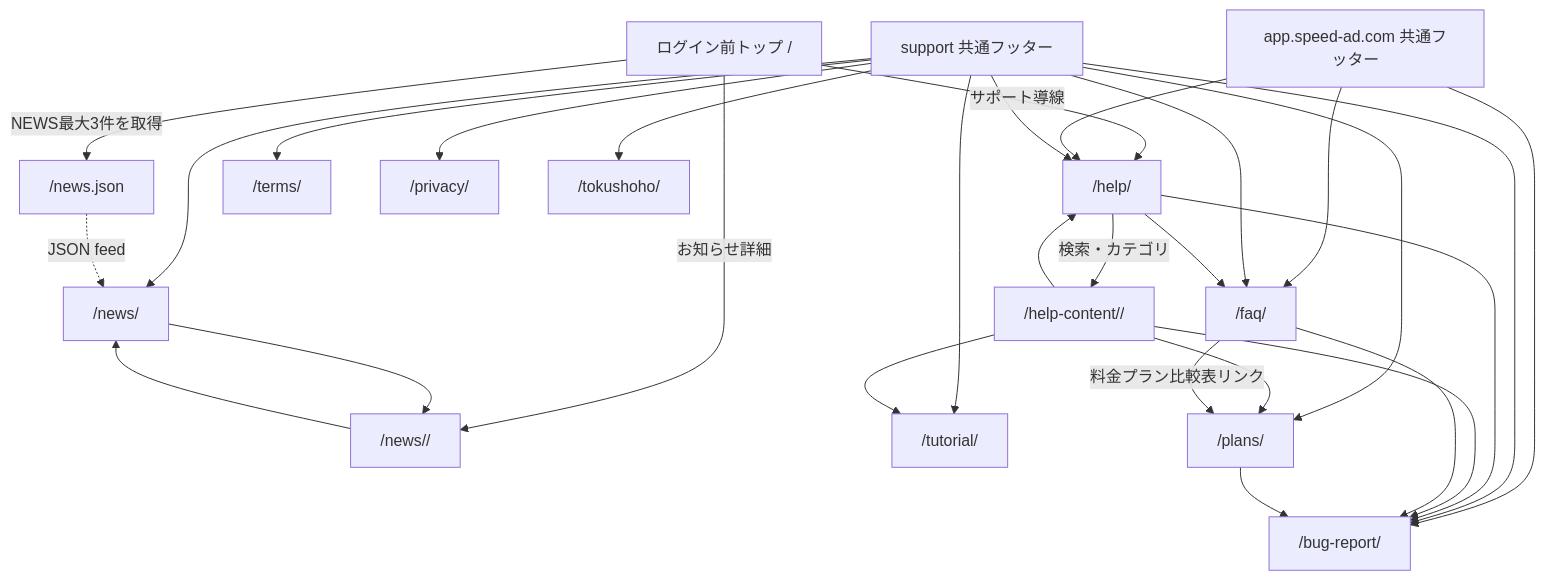
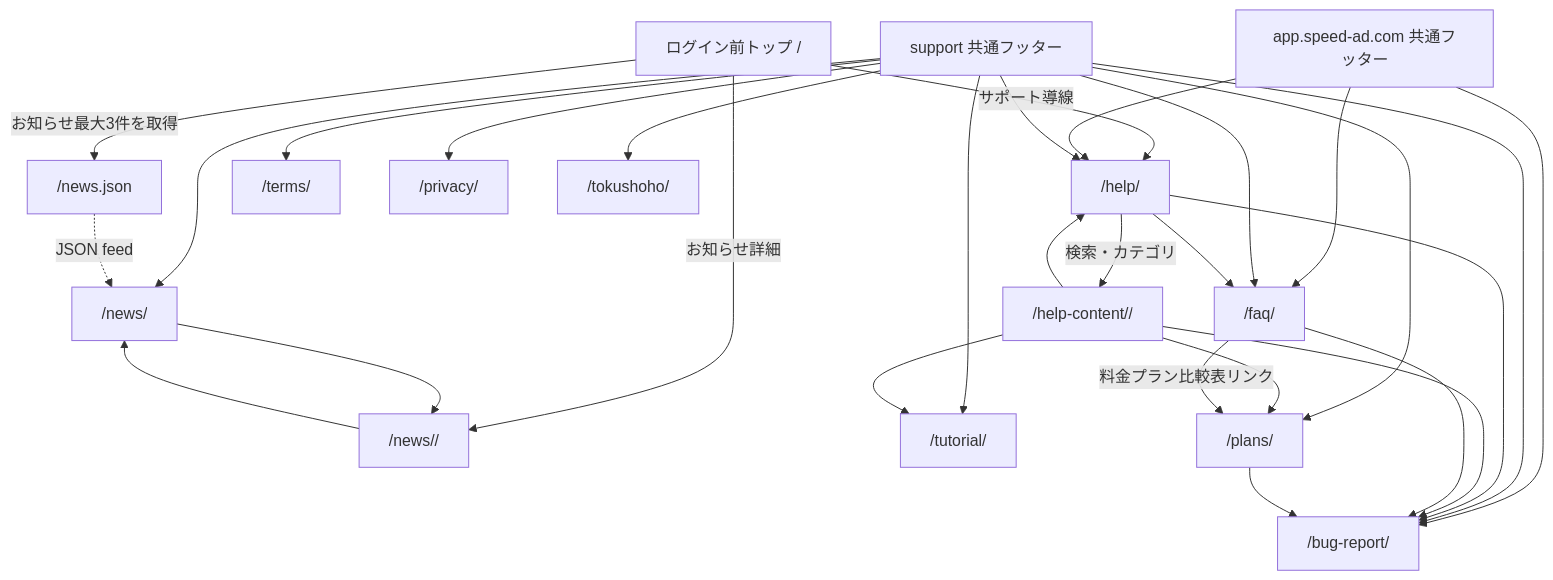
Before and after one commit to AbroadUmedaShota/SPPED-AD-TEST: the diagram in docs/画面設計/仕様/21_support_site_separation_spec.md, drawn with Mermaid. The commit also changed other lines of this file and 29 other files, not shown here.

````diff
--- a/docs/画面設計/仕様/21_support_site_separation_spec.md
+++ b/docs/画面設計/仕様/21_support_site_separation_spec.md
@@ -115,36 +115,36 @@
 ```mermaid
 flowchart TD
-    PublicTop["ログイン前トップ /"] -->|NEWS最大3件を取得| NewsFeed["/news.json"]
+    PublicTop["ログイン前トップ /"] -->|お知らせ最大3件を取得| NewsFeed["/news.json"]
     PublicTop -->|お知らせ詳細| NewsDetail["/news/<slug>/"]
     PublicTop -->|サポート導線| Help["/help/"]
 
     AppFooter["app.speed-ad.com 共通フッター"] --> Help
     AppFooter --> FAQ["/faq/"]
     AppFooter --> Contact["/bug-report/"]
 
     SupportFooter["support 共通フッター"] --> Help
     SupportFooter --> FAQ
     SupportFooter --> Contact
     SupportFooter --> Tutorial["/tutorial/"]
     SupportFooter --> Plans["/plans/"]
     SupportFooter --> NewsList["/news/"]
     SupportFooter --> Terms["/terms/"]
     SupportFooter --> Privacy["/privacy/"]
     SupportFooter --> Tokushoho["/tokushoho/"]
 
     Help -->|検索・カテゴリ| HelpContent["/help-content/<slug>/"]
     Help --> FAQ
     Help --> Contact
     HelpContent --> Help
     HelpContent --> Contact
     HelpContent --> Tutorial
     HelpContent --> Plans
 
     FAQ -->|料金プラン比較表リンク| Plans
     FAQ --> Contact
     Plans --> Contact
 
     NewsList --> NewsDetail
     NewsDetail --> NewsList
     NewsFeed -. "JSON feed" .-> NewsList
 ```
````
